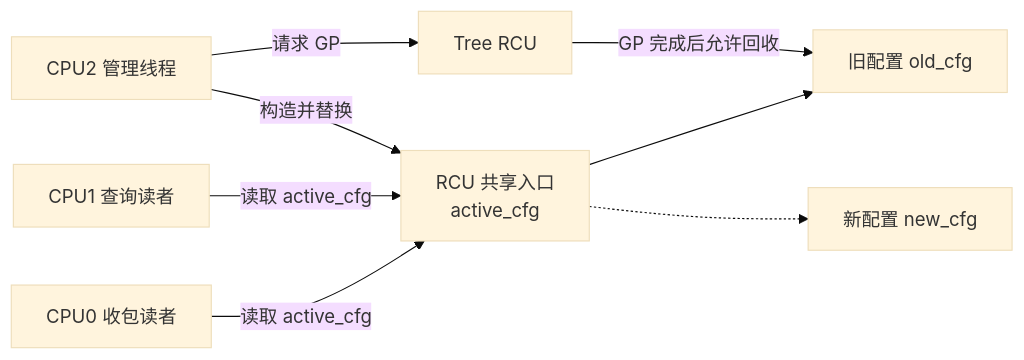
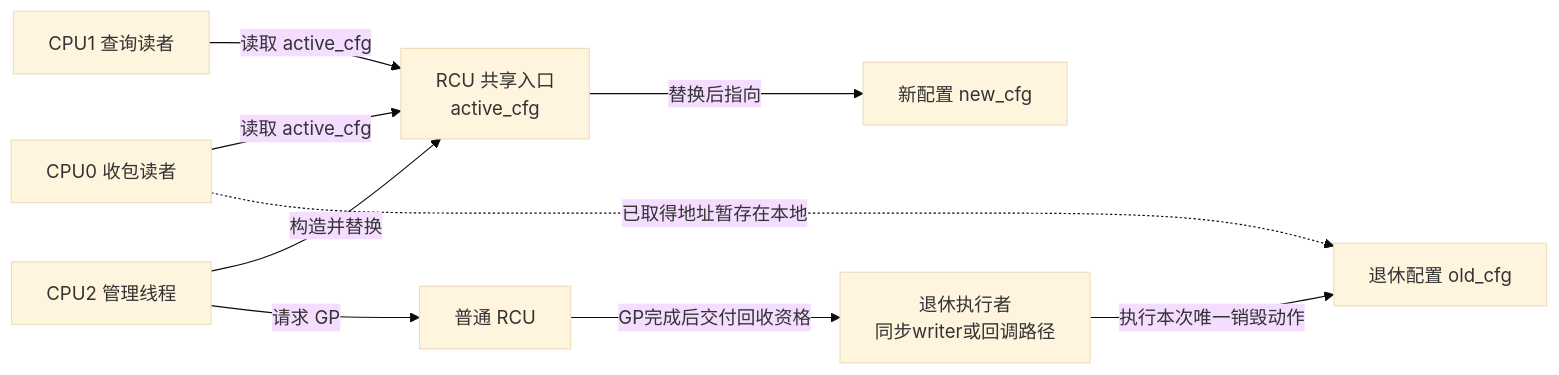
The first of 2 diagrams in knowledge/linux/synchronization_and_asynchrony/synchronization/rcu/P03_RCU_通用API与最小使用闭环.md (FormingSystem/linux_note), drawn with Mermaid (base theme) before and after one commit. The commit also changed other lines of this file and 6 other files, not shown here.

````diff
--- a/knowledge/linux/synchronization_and_asynchrony/synchronization/rcu/P03_RCU_通用API与最小使用闭环.md
+++ b/knowledge/linux/synchronization_and_asynchrony/synchronization/rcu/P03_RCU_通用API与最小使用闭环.md
@@ -26,10 +26,11 @@
 ```mermaid
 flowchart LR
     R0["CPU0 收包读者"] -->|"读取 active_cfg"| Entry["RCU 共享入口<br/>active_cfg"]
     R1["CPU1 查询读者"] -->|"读取 active_cfg"| Entry
     W["CPU2 管理线程"] -->|"构造并替换"| Entry
-    Entry --> Old["旧配置 old_cfg"]
-    Entry -.-> New["新配置 new_cfg"]
-    W -->|"请求 GP"| Core["Tree RCU"]
-    Core -->|"GP 完成后允许回收"| Old
+    Entry -->|"替换后指向"| New["新配置 new_cfg"]
+    R0 -.->|"已取得地址暂存在本地"| Old["退休配置 old_cfg"]
+    W -->|"请求 GP"| Core["普通 RCU"]
+    Core -->|"GP完成后交付回收资格"| X["退休执行者<br/>同步writer或回调路径"]
+    X -->|"执行本次唯一销毁动作"| Old
 ```
````
